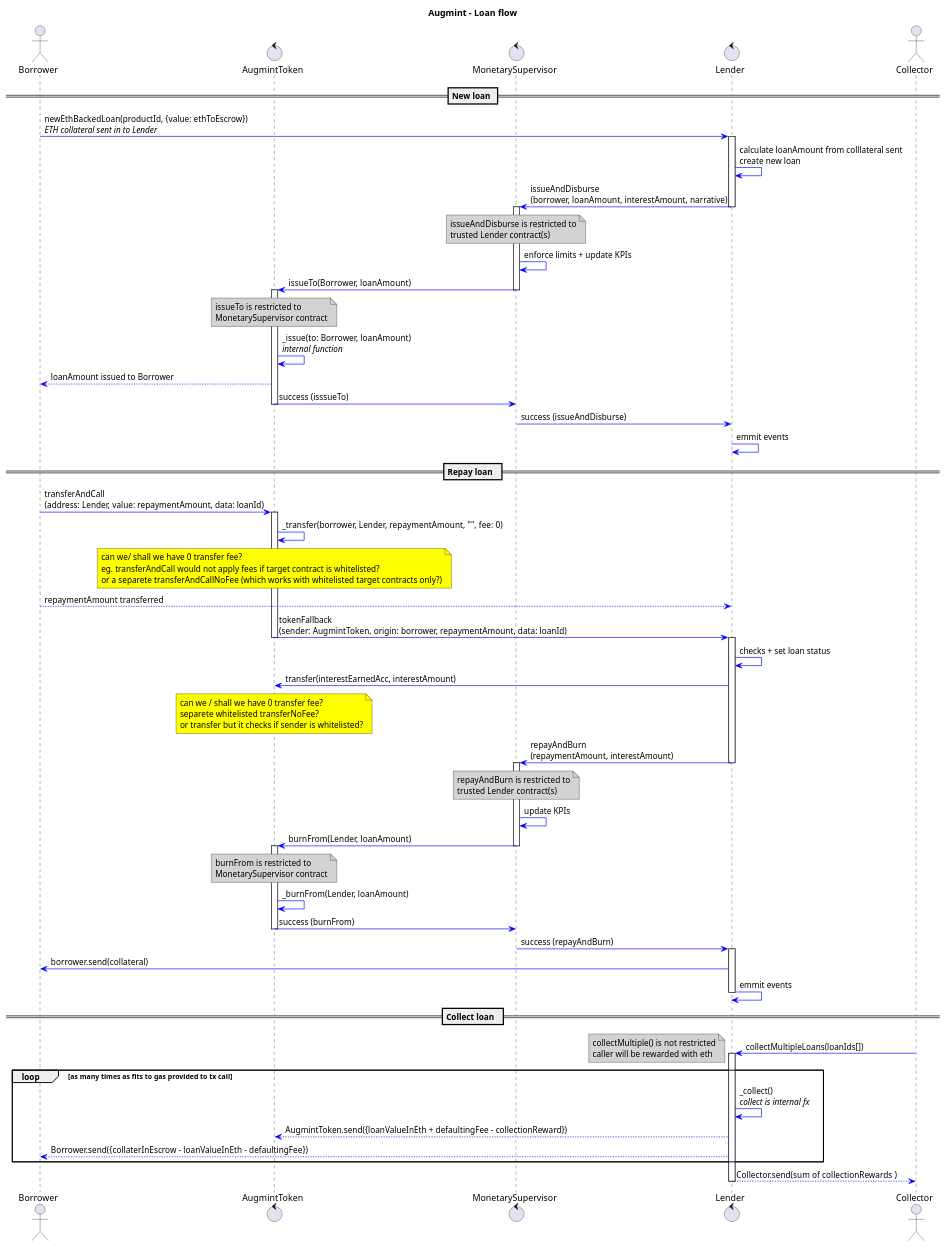
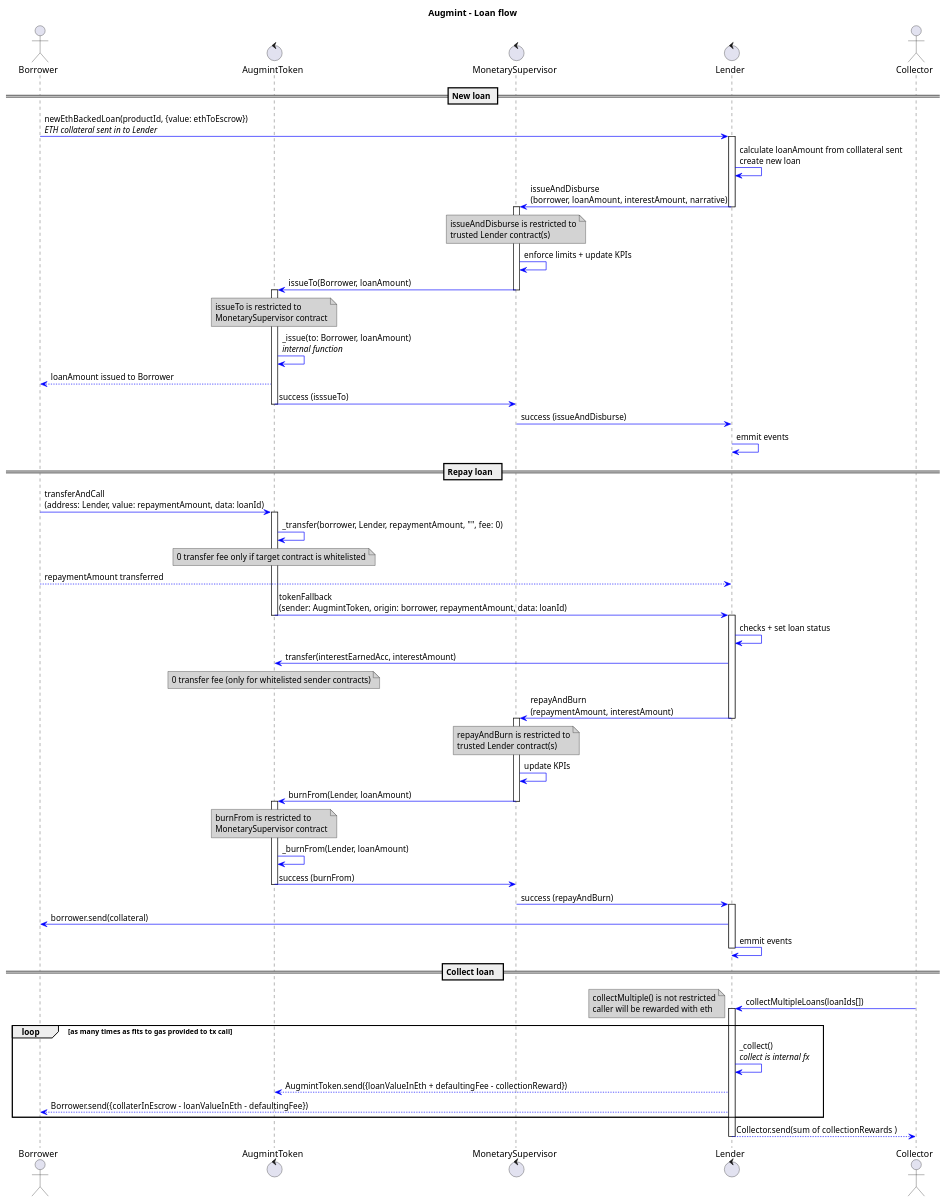
Before and after one commit to Augmint/augmint-contracts: the diagram in docs/loanFlow.plantuml, drawn with PlantUML. The commit also changed 1 other file, not shown here.

Commit message:
loanFlow: 0 transfer fee for whitelisted contracts #2

```diff
--- a/docs/loanFlow.plantuml
+++ b/docs/loanFlow.plantuml
@@ -1,111 +1,107 @@
 @startuml
 title **Augmint** - Loan flow
 skinparam ArrowColor #blue
 skinparam noteBackgroundColor #lightgrey
 
 actor Borrower
 control AugmintToken
 control MonetarySupervisor
 control Lender
 actor Collector
 
 == New loan ==
 Borrower -> Lender : newEthBackedLoan(productId, {value: ethToEscrow})\n//ETH collateral sent in to Lender//
 
 activate Lender
     Lender -> Lender : calculate loanAmount from colllateral sent\ncreate new loan
     Lender -> MonetarySupervisor : issueAndDisburse\n(borrower, loanAmount, interestAmount, narrative)
 deactivate Lender
 
 activate MonetarySupervisor
     note over MonetarySupervisor
         issueAndDisburse is restricted to
         trusted Lender contract(s)
     end note
     MonetarySupervisor -> MonetarySupervisor : enforce limits + update KPIs
     MonetarySupervisor -> AugmintToken : issueTo(Borrower, loanAmount)
 deactivate MonetarySupervisor
 
 activate AugmintToken
     note over AugmintToken
         issueTo is restricted to
         MonetarySupervisor contract
     end note
     AugmintToken -> AugmintToken : _issue(to: Borrower, loanAmount)\n//internal function//
     AugmintToken --> Borrower : loanAmount issued to Borrower
     AugmintToken -> MonetarySupervisor : success (isssueTo)
 deactivate AugmintToken
 
 MonetarySupervisor -> Lender : success (issueAndDisburse)
 
 Lender -> Lender : emmit events
 
 
 
 == Repay loan  ==
 Borrower -> AugmintToken : transferAndCall\n(address: Lender, value: repaymentAmount, data: loanId)
 
 activate AugmintToken
     AugmintToken -> AugmintToken : _transfer(borrower, Lender, repaymentAmount, "", fee: 0)
-    note over AugmintToken #yellow
-        can we/ shall we have 0 transfer fee?
-        eg. transferAndCall would not apply fees if target contract is whitelisted?
-        or a separete transferAndCallNoFee (which works with whitelisted target contracts only?)
+    note over AugmintToken
+        0 transfer fee only if target contract is whitelisted
     end note
     Borrower --> Lender : repaymentAmount transferred
     AugmintToken -> Lender : tokenFallback\n(sender: AugmintToken, origin: borrower, repaymentAmount, data: loanId)
 deactivate AugmintToken
 
 activate Lender
     Lender -> Lender : checks + set loan status
     Lender -> AugmintToken : transfer(interestEarnedAcc, interestAmount)
-    note over AugmintToken #yellow
-        can we / shall we have 0 transfer fee?
-        separete whitelisted transferNoFee?
-        or transfer but it checks if sender is whitelisted?
+    note over AugmintToken
+        0 transfer fee (only for whitelisted sender contracts)
     end note
     Lender -> MonetarySupervisor : repayAndBurn\n(repaymentAmount, interestAmount)
     note over MonetarySupervisor
         repayAndBurn is restricted to
         trusted Lender contract(s)
     end note
 deactivate Lender
 
 activate MonetarySupervisor
     MonetarySupervisor -> MonetarySupervisor : update KPIs
     MonetarySupervisor -> AugmintToken : burnFrom(Lender, loanAmount)
     note over AugmintToken
         burnFrom is restricted to
         MonetarySupervisor contract
     end note
 deactivate MonetarySupervisor
 
 activate AugmintToken
     AugmintToken -> AugmintToken : _burnFrom(Lender, loanAmount)
     AugmintToken -> MonetarySupervisor : success (burnFrom)
 deactivate AugmintToken
 
 MonetarySupervisor -> Lender : success (repayAndBurn)
 
 activate Lender
 Lender -> Borrower : borrower.send(collateral)
 Lender -> Lender : emmit events
 deactivate Lender
 
 == Collect loan  ==
 Collector -> Lender : collectMultipleLoans(loanIds[])
 note left
     collectMultiple() is not restricted
     caller will be rewarded with eth
 end note
 activate Lender
 
 loop as many times as fits to gas provided to tx call
     Lender -> Lender : _collect()\n//collect is internal fx//
     Lender --> AugmintToken : AugmintToken.send({loanValueInEth + defaultingFee - collectionReward})
     Lender --> Borrower : Borrower.send({collaterInEscrow - loanValueInEth - defaultingFee})
 end
 Lender --> Collector : Collector.send(sum of collectionRewards )
 
 deactivate Lender
 @enduml
```
